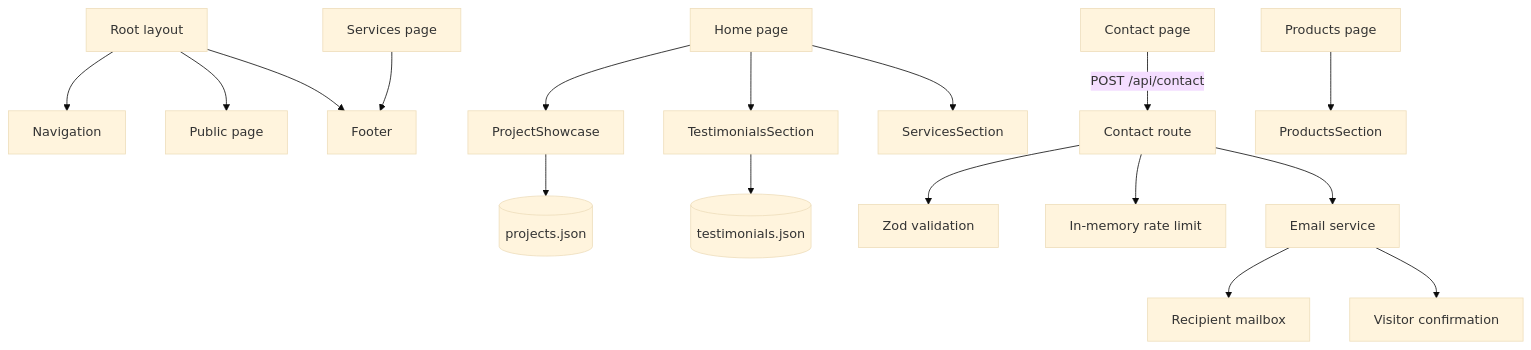
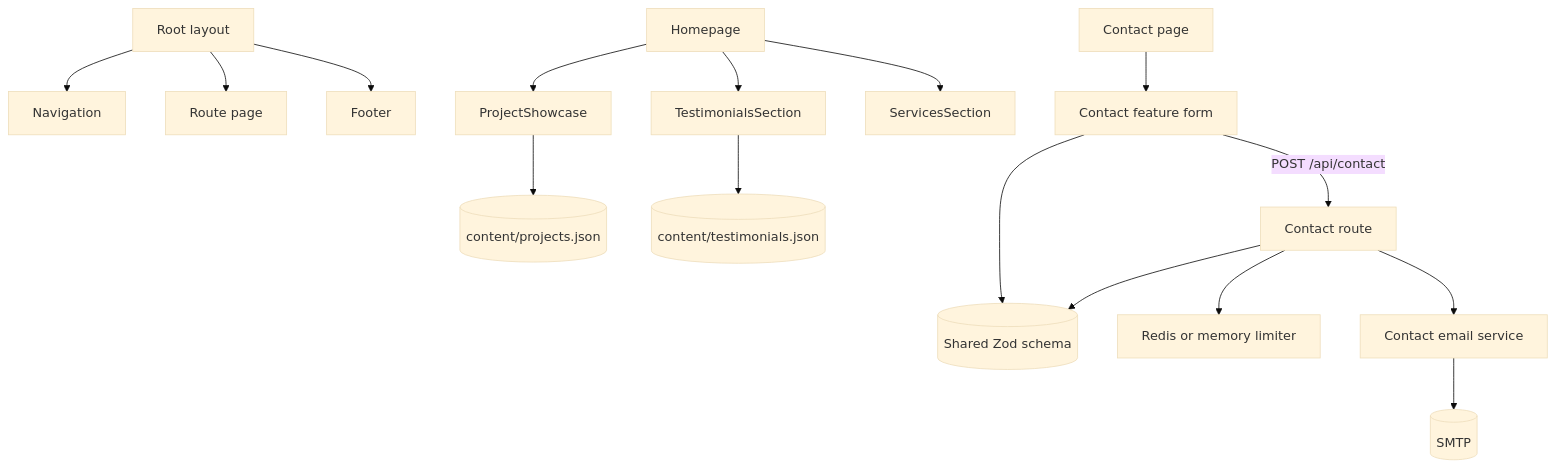
Before and after one commit to nlarge-global/nlarge-global-webste: the first of 2 diagrams in docs/ARCHITECTURE.md, drawn with Mermaid (base theme). The commit also changed other lines of this file and 39 other files, not shown here.

First line of the commit message:
feat(contact): implement contact form with rate limiting and email service

````diff
--- a/docs/ARCHITECTURE.md
+++ b/docs/ARCHITECTURE.md
@@ -63,23 +88,20 @@
 ```mermaid
 flowchart TD
-    Layout[Root layout] --> Nav[Navigation]
-    Layout --> Content[Public page]
-    Layout --> Footer[Footer]
+    Layout[Root layout] --> Navigation
+    Layout --> Page[Route page]
+    Layout --> Footer
 
-    Home[Home page] --> Showcase[ProjectShowcase]
-    Home --> Testimonials[TestimonialsSection]
-    Home --> Services[ServicesSection]
+    Home[Homepage] --> ProjectShowcase
+    Home --> TestimonialsSection
+    Home --> ServicesSection
+    ProjectShowcase --> Projects[(content/projects.json)]
+    TestimonialsSection --> Testimonials[(content/testimonials.json)]
 
-    Showcase --> Projects[(projects.json)]
-    Testimonials --> Reviews[(testimonials.json)]
-
-    Contact[Contact page] -->|POST /api/contact| API[Contact route]
-    API --> Validation[Zod validation]
-    API --> RateLimit[In-memory rate limit]
-    API --> Email[Email service]
-    Email --> Staff[Recipient mailbox]
-    Email --> Visitor[Visitor confirmation]
-
-    Products[Products page] --> ProductCards[ProductsSection]
-    ServicesPage[Services page] --> Footer
+    ContactPage[Contact page] --> ContactForm[Contact feature form]
+    ContactForm --> ContactSchema[(Shared Zod schema)]
+    ContactForm -->|POST /api/contact| ContactAPI[Contact route]
+    ContactAPI --> ContactSchema
+    ContactAPI --> RateLimit[Redis or memory limiter]
+    ContactAPI --> Email[Contact email service]
+    Email --> SMTP[(SMTP)]
 ```
````
